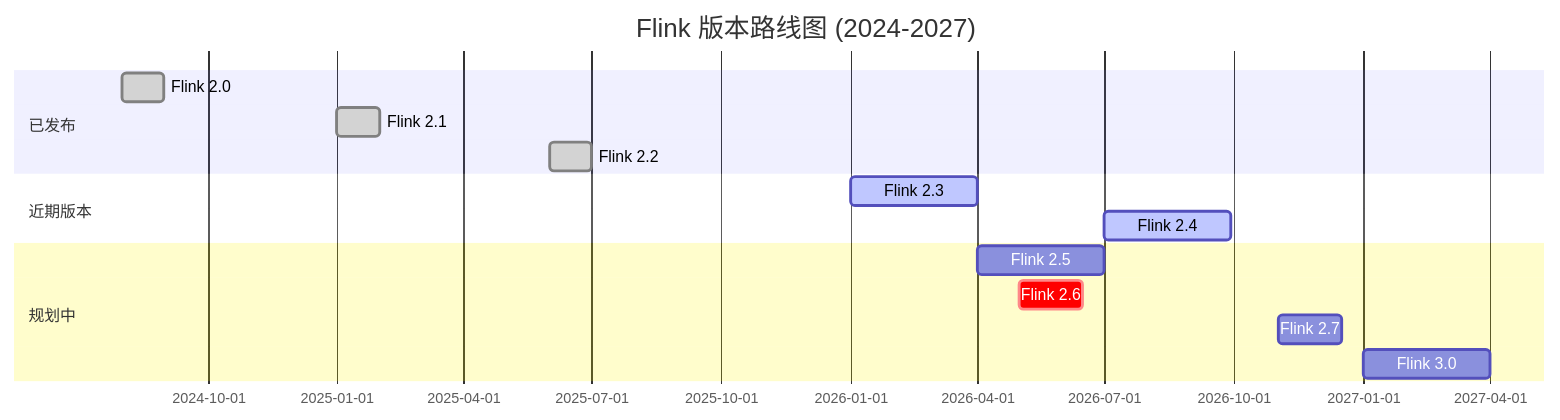
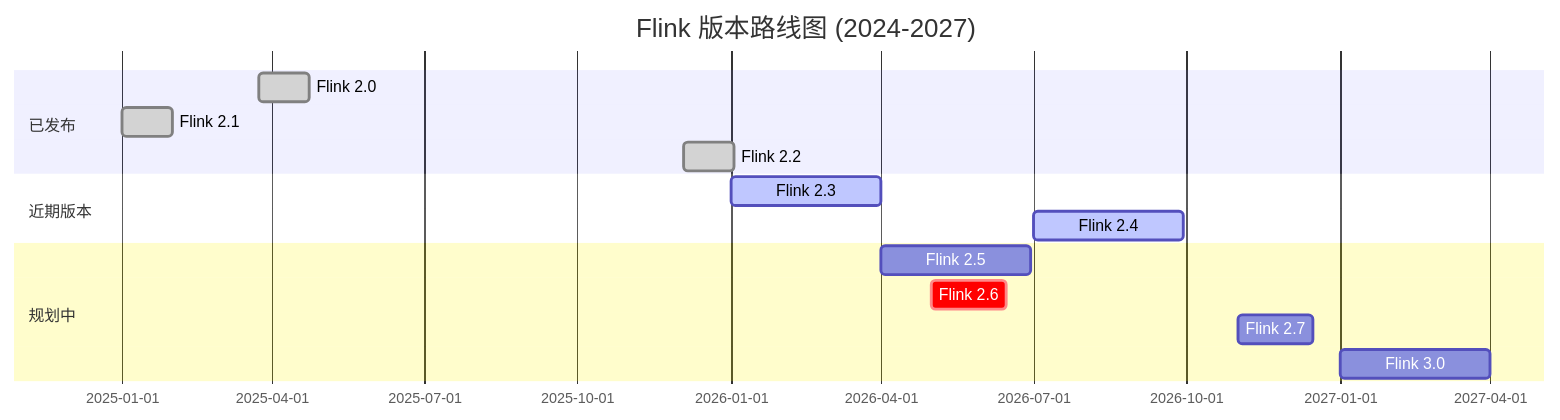
One commit to AdaMartin18010/AnalysisDataFlow changed the diagram in Flink/00-meta/version-tracking.md. Above: the diagram before and after it, drawn with Mermaid. The commit also changed 44 other files, not shown here.

````diff
--- a/Flink/00-meta/version-tracking.md
+++ b/Flink/00-meta/version-tracking.md
@@ -10,20 +10,20 @@
 ```mermaid
 gantt
     title Flink 版本路线图 (2024-2027)
     dateFormat  YYYY-MM-DD
 
     section 已发布
-    Flink 2.0           :done, 2024-08-01, 30d
+    Flink 2.0           :done, 2025-03-24, 30d
     Flink 2.1           :done, 2025-01-01, 30d
-    Flink 2.2           :done, 2025-06-01, 30d
+    Flink 2.2           :done, 2025-12-04, 30d
 
     section 近期版本
     Flink 2.3           :active, 2026-01-01, 90d
     Flink 2.4           :active, 2026-07-01, 90d
 
     section 规划中
     Flink 2.5           :2026-04-01, 90d
     Flink 2.6           :crit, 2026-05-01, 45d
     Flink 2.7           :2026-11-01, 45d
     Flink 3.0           :2027-01-01, 90d
 ```
````
